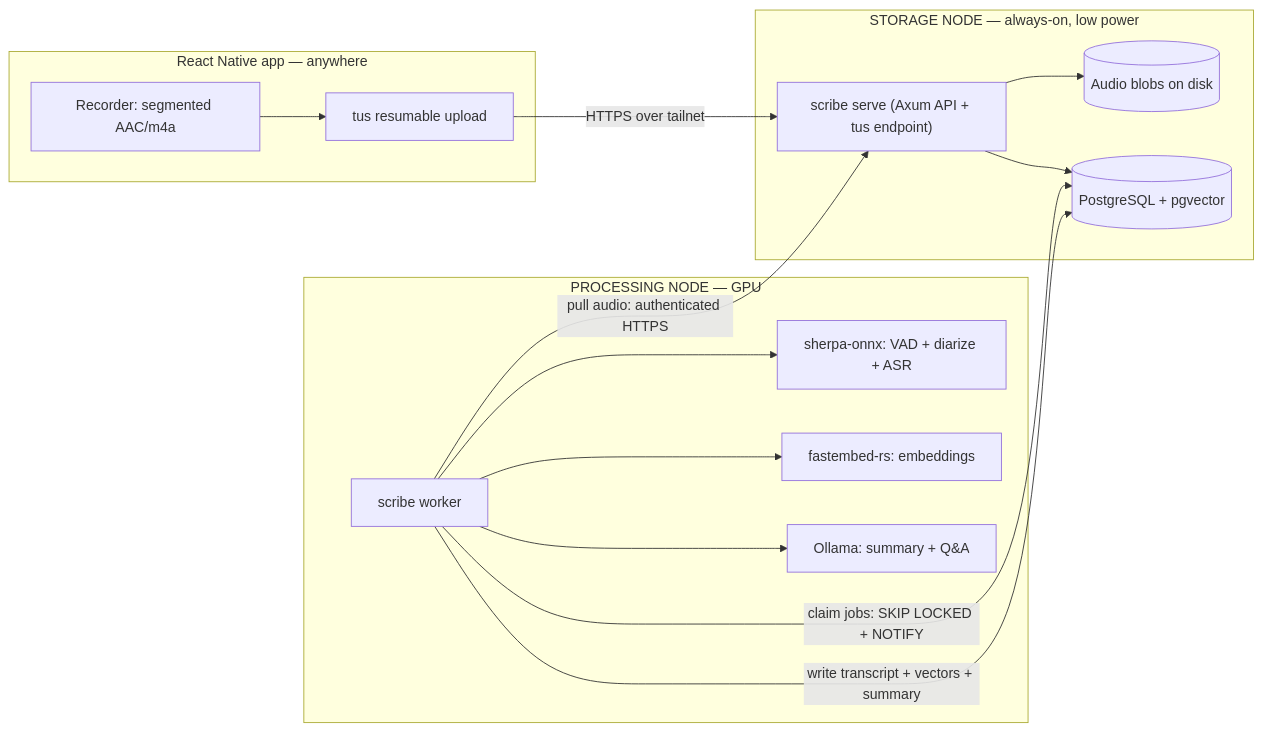
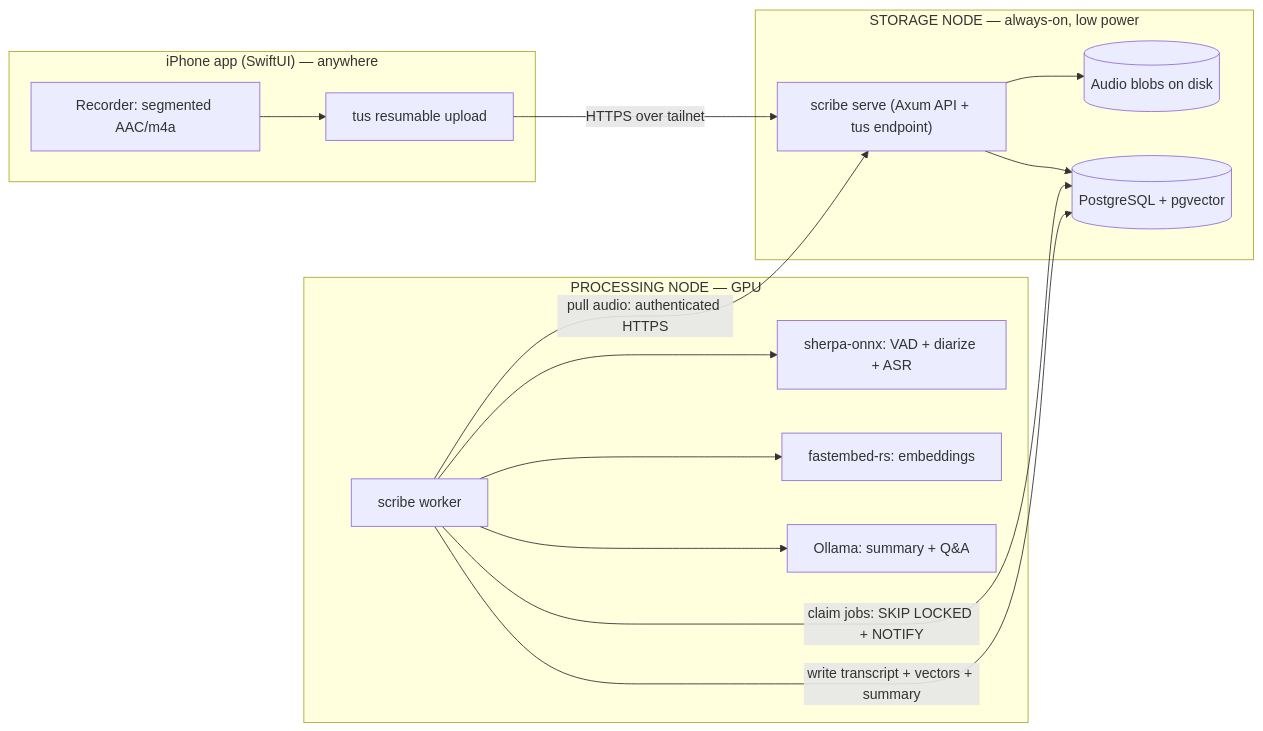
One commit to dmoore-dwmmholdings/scribe-local changed the first of 3 diagrams in docs/architecture.md. Above: the diagram before and after it, drawn with Mermaid. The commit also changed other lines of this file and 73 other files, not shown here.

First line of the commit message:
Remove the React Native app; the native Swift app replaces it

````diff
--- a/docs/architecture.md
+++ b/docs/architecture.md
@@ -12,31 +12,31 @@
 ```mermaid
 flowchart LR
-  subgraph Phone["React Native app — anywhere"]
+  subgraph Phone["iPhone app (SwiftUI) — anywhere"]
     REC[Recorder: segmented AAC/m4a]
     UP[tus resumable upload]
   end
 
   subgraph Storage["STORAGE NODE — always-on, low power"]
     API["scribe serve (Axum API + tus endpoint)"]
     BLOB[(Audio blobs on disk)]
     PG[(PostgreSQL + pgvector)]
   end
 
   subgraph Compute["PROCESSING NODE — GPU"]
     WORK["scribe worker"]
     SHERPA[sherpa-onnx: VAD + diarize + ASR]
     EMB[fastembed-rs: embeddings]
     OLL[Ollama: summary + Q&A]
   end
 
   REC --> UP
   UP -->|HTTPS over tailnet| API
   API --> BLOB
   API --> PG
   WORK -->|claim jobs: SKIP LOCKED + NOTIFY| PG
   WORK -->|pull audio: authenticated HTTPS| API
   WORK --> SHERPA
   WORK --> EMB
   WORK --> OLL
   WORK -->|write transcript + vectors + summary| PG
 ```
````
